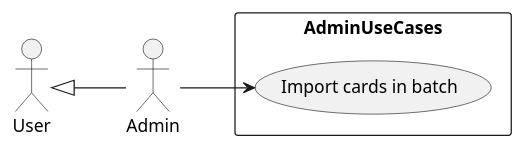
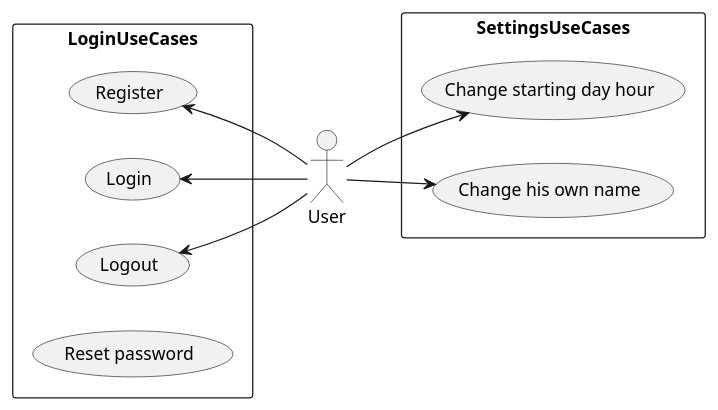
The diagram in app/doc/use-cases.puml (ferllop/evermind), drawn with PlantUML before and after one commit. The commit also changed 37 other files, not shown here.

```diff
--- a/app/doc/use-cases.puml
+++ b/app/doc/use-cases.puml
@@ -1,59 +1,60 @@
 @startuml
 'https://plantuml.com/use-case-diagram
 left to right direction
-'rectangle LoginUseCases {
-'    usecase "Register"
-'    usecase "Login"
-'    usecase "Logout"
-'}
-'
-'rectangle SettingsUseCases{
-'    usecase "Change starting day hour"
-'    usecase "Change his own name"
-'}
-'
-'User -up-> (Register)
-'User -up-> (Login)
-'User -up-> (Logout)
-'User -down-> (Change starting day hour)
-'User -down-> (Change his own name)
+rectangle LoginUseCases {
+    usecase "Register"
+    usecase "Login"
+    usecase "Logout"
+    usecase "Reset password"
+}
+
+rectangle SettingsUseCases{
+    usecase "Change starting day hour"
+    usecase "Change his own name"
+}
+
+User -up-> (Logout)
+User -up-> (Login)
+User -up-> (Register)
+User -down-> (Change starting day hour)
+User -down-> (Change his own name)
 
 
 'rectangle ApplicationUseCases_partA{
 '    usecase "Create card"
 '    usecase "Edit own card"
 '    usecase "Delete own card"
 '    usecase "Review card"
 '}
 '
 'rectangle ApplicationUseCases_partB{
 '    usecase "Search"
 '    usecase "List cards"
 '    usecase "List own subscriptions"
 '    usecase "List created cards"
 '    usecase "Subscribe to card"
 '    usecase "Unsubscribe to card"
 '}
 '
 'User -up-> (Create card)
 'User -up-> (Edit own card)
 'User -up-> (Delete own card)
 'User -up-> (Review card)
 'User -down-> (Search)
 '(Search) -down-> (List cards) : <<Include>>
 'User -down-> (List own subscriptions)
 '(List own subscriptions) -down-> (List cards) : <<Include>>
 'User -down-> (List created cards)
 '(List created cards) -down-> (List cards) : <<Include>>
 'User -down-> (Subscribe to card)
 'User -down-> (Unsubscribe to card)
 
 
-rectangle AdminUseCases{
-    usecase "Import cards in batch"
-}
-
-Admin -up-|> User
-Admin --> (Import cards in batch)
+'rectangle AdminUseCases{
+'    usecase "Import cards in batch"
+'}
+'
+'Admin -up-|> User
+'Admin --> (Import cards in batch)
 
 @enduml
```
